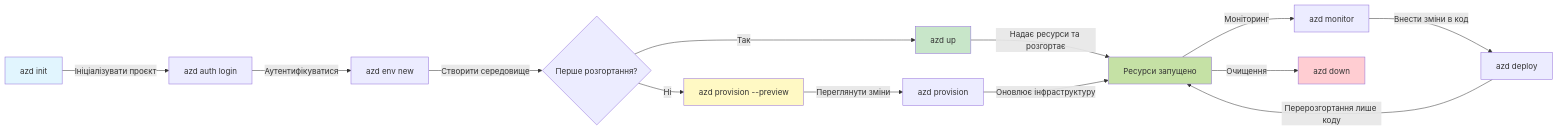
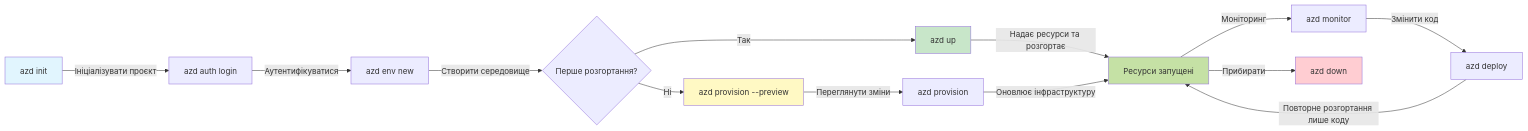
The first of 2 diagrams in translations/uk/docs/chapter-01-foundation/azd-basics.md (microsoft/AZD-for-beginners), drawn with Mermaid before and after one commit. The commit also changed other lines of this file and 104 other files, not shown here.

````diff
--- a/translations/uk/docs/chapter-01-foundation/azd-basics.md
+++ b/translations/uk/docs/chapter-01-foundation/azd-basics.md
@@ -269,21 +269,21 @@
 ```mermaid
 graph LR
     A[azd init] -->|Ініціалізувати проєкт| B[azd auth login]
     B -->|Аутентифікуватися| C[azd env new]
     C -->|Створити середовище| D{Перше розгортання?}
     D -->|Так| E[azd up]
     D -->|Ні| F[azd provision --preview]
     F -->|Переглянути зміни| G[azd provision]
-    E -->|Надає ресурси та розгортає| H[Ресурси запущено]
+    E -->|Надає ресурси та розгортає| H[Ресурси запущені]
     G -->|Оновлює інфраструктуру| H
     H -->|Моніторинг| I[azd monitor]
-    I -->|Внести зміни в код| J[azd deploy]
-    J -->|Перерозгортання лише коду| H
-    H -->|Очищення| K[azd down]
+    I -->|Змінити код| J[azd deploy]
+    J -->|Повторне розгортання лише коду| H
+    H -->|Прибирати| K[azd down]
     
     style A fill:#e1f5fe
     style E fill:#c8e6c9
     style F fill:#fff9c4
     style H fill:#c5e1a5
     style K fill:#ffcdd2
 ```
````
